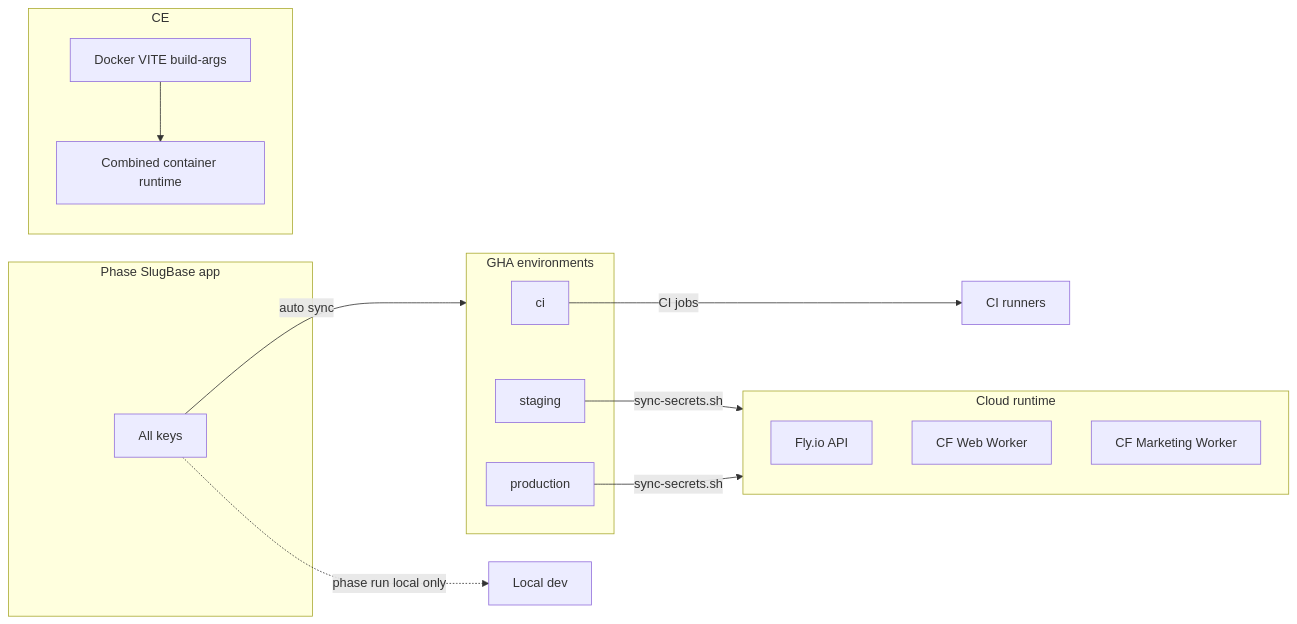
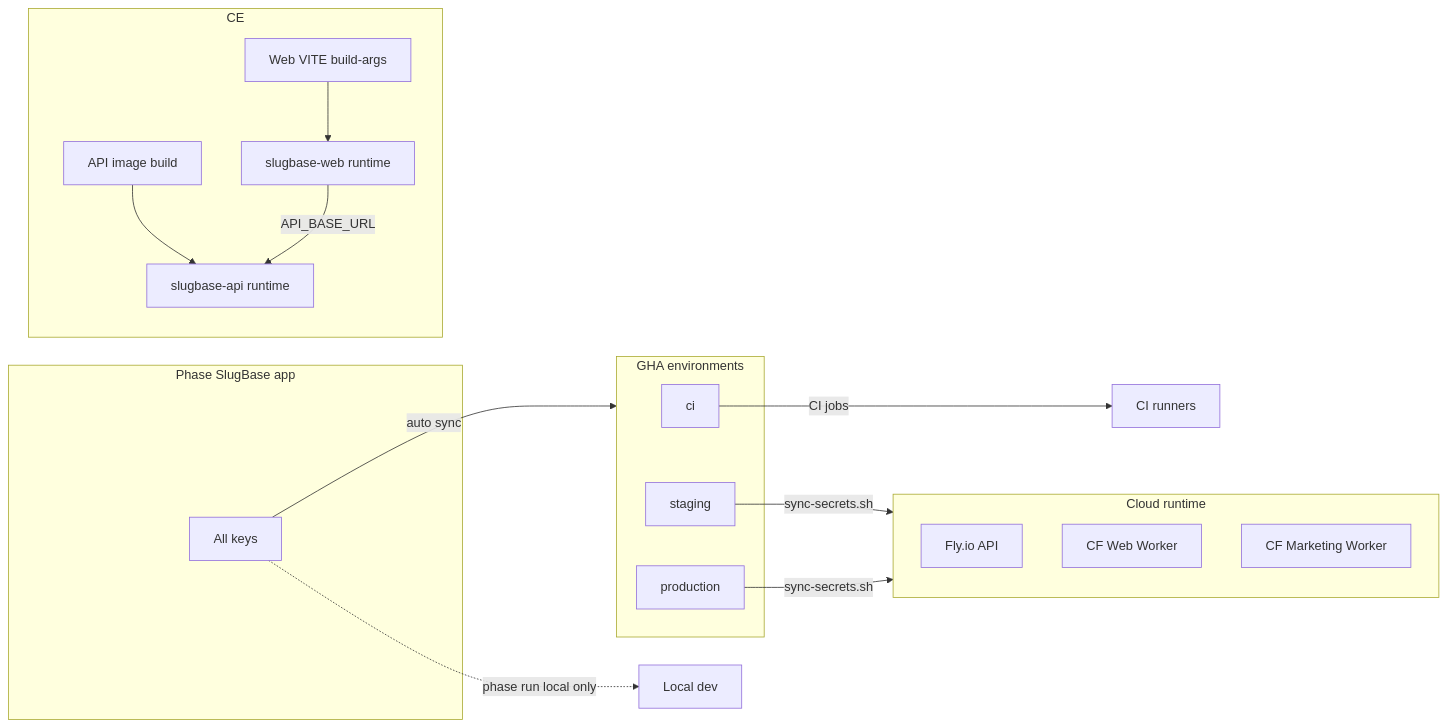
One commit to mdg-labs/slugbase changed the diagram in docs/internal/environment-variables.md. Above: the diagram before and after it, drawn with Mermaid. The commit also changed other lines of this file and 2 other files, not shown here.

````diff
--- a/docs/internal/environment-variables.md
+++ b/docs/internal/environment-variables.md
@@ -154,26 +170,30 @@
 ```mermaid
 flowchart LR
   subgraph phase [Phase SlugBase app]
     keys[All keys]
   end
   subgraph gha [GHA environments]
     ciEnv[ci]
     stgEnv[staging]
     prodEnv[production]
   end
   subgraph cloud [Cloud runtime]
     fly[Fly.io API]
     webWorker[CF Web Worker]
     mktWorker[CF Marketing Worker]
   end
   subgraph ce [CE]
-    dockerBuild[Docker VITE build-args]
-    container[Combined container runtime]
+    apiBuild[API image build]
+    webBuild[Web VITE build-args]
+    apiContainer[slugbase-api runtime]
+    webContainer[slugbase-web runtime]
   end
   keys -->|auto sync| gha
   ciEnv -->|CI jobs| ciRunner[CI runners]
   stgEnv -->|sync-secrets.sh| cloud
   prodEnv -->|sync-secrets.sh| cloud
   keys -.->|phase run local only| localDev[Local dev]
-  dockerBuild --> container
+  apiBuild --> apiContainer
+  webBuild --> webContainer
+  webContainer -->|API_BASE_URL| apiContainer
 ```
````
